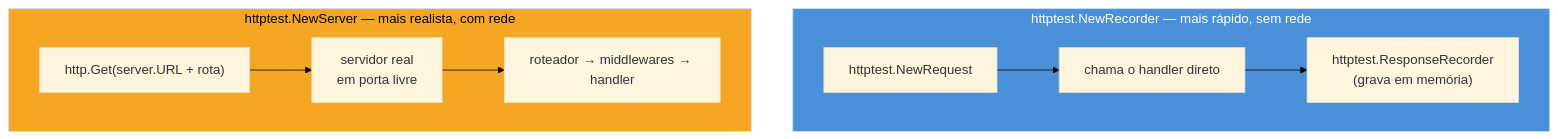
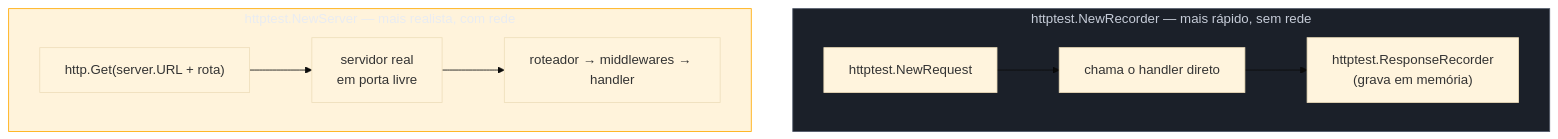
Before and after one commit to josenaldo/codex-technomanticus: the second of 3 diagrams in 03-Dominios/Tecnologia/Go/15 - Testes/05 - Testes de integração.md, drawn with Mermaid (base theme). The commit also changed other lines of this file and 1181 other files, not shown here.

First line of the commit message:
fix(diagramas): paleta do sistema no lugar de cor cravada no markdown

````diff
--- a/03-Dominios/Tecnologia/Go/15 - Testes/05 - Testes de integração.md
+++ b/03-Dominios/Tecnologia/Go/15 - Testes/05 - Testes de integração.md
@@ -149,14 +151,16 @@
 ```mermaid
 flowchart TB
+    classDef neutro fill:#1B2029,stroke:#4E5666,color:#C6CCD8
+    classDef destaque fill:#FFAA0024,stroke:#FFAA00,color:#E9ECF2
     subgraph Recorder["httptest.NewRecorder — mais rápido, sem rede"]
         direction LR
         A1["httptest.NewRequest"] --> A2["chama o handler direto"] --> A3["httptest.ResponseRecorder\n(grava em memória)"]
     end
     subgraph Server["httptest.NewServer — mais realista, com rede"]
         direction LR
         B1["http.Get(server.URL + rota)"] --> B2["servidor real\nem porta livre"] --> B3["roteador → middlewares → handler"]
     end
 
-    style Recorder fill:#4A90D9,color:#fff
-    style Server fill:#F5A623,color:#000
+    class Recorder neutro
+    class Server destaque
 ```
````
